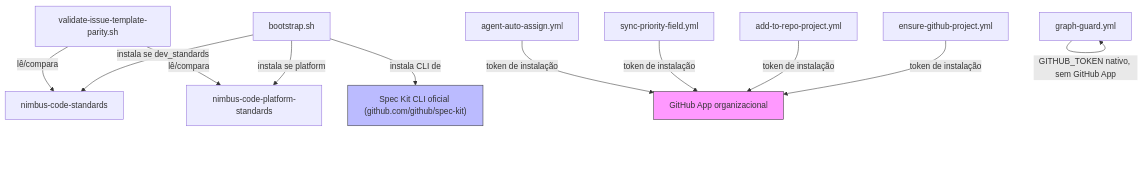
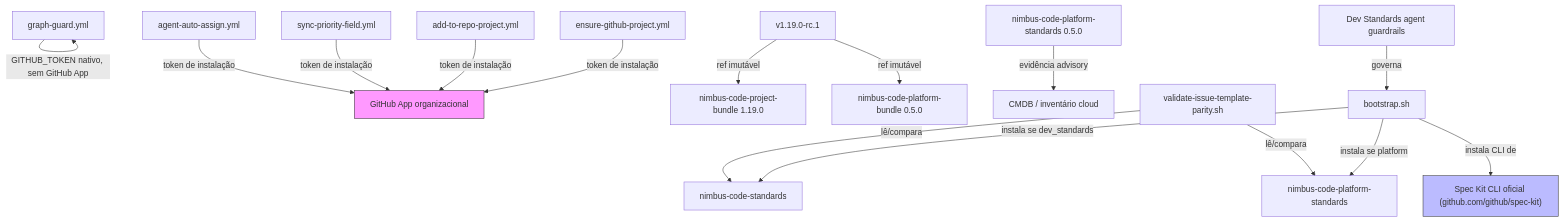
The first of 2 diagrams in specs/008-bootstrap-governance-hardening/graph.md (lrodriguesvpn/nimbus-code), drawn with Mermaid before and after one commit. The commit also changed other lines of this file and 118 other files, not shown here.

````diff
--- a/specs/008-bootstrap-governance-hardening/graph.md
+++ b/specs/008-bootstrap-governance-hardening/graph.md
@@ -5,19 +5,23 @@
 ```mermaid
 graph TD
     Bootstrap["bootstrap.sh"] -->|instala se dev_standards| PresetStd["nimbus-code-standards"]
     Bootstrap -->|instala se platform| PresetPlat["nimbus-code-platform-standards"]
     Bootstrap -->|instala CLI de| SpecKit["Spec Kit CLI oficial (github.com/github/spec-kit)"]
 
     Validator["validate-issue-template-parity.sh"] -->|lê/compara| PresetStd
     Validator -->|lê/compara| PresetPlat
 
     EnsureProj["ensure-github-project.yml"] -->|token de instalação| GHApp["GitHub App organizacional"]
     AddToProj["add-to-repo-project.yml"] -->|token de instalação| GHApp
     SyncPriority["sync-priority-field.yml"] -->|token de instalação| GHApp
     AutoAssign["agent-auto-assign.yml"] -->|token de instalação| GHApp
 
     GraphGuard["graph-guard.yml"] -->|GITHUB_TOKEN nativo, sem GitHub App| GraphGuard
+    Release["v1.19.0-rc.1"] -->|ref imutável| ProjectBundle["nimbus-code-project-bundle 1.19.0"]
+    Release -->|ref imutável| PlatformBundle["nimbus-code-platform-bundle 0.5.0"]
+    Platform["nimbus-code-platform-standards 0.5.0"] -->|evidência advisory| CMDB["CMDB / inventário cloud"]
+    DevGuard["Dev Standards agent guardrails"] -->|governa| Bootstrap
 
     style GHApp fill:#f9f,stroke:#333
     style SpecKit fill:#bbf,stroke:#333
 ```
````
